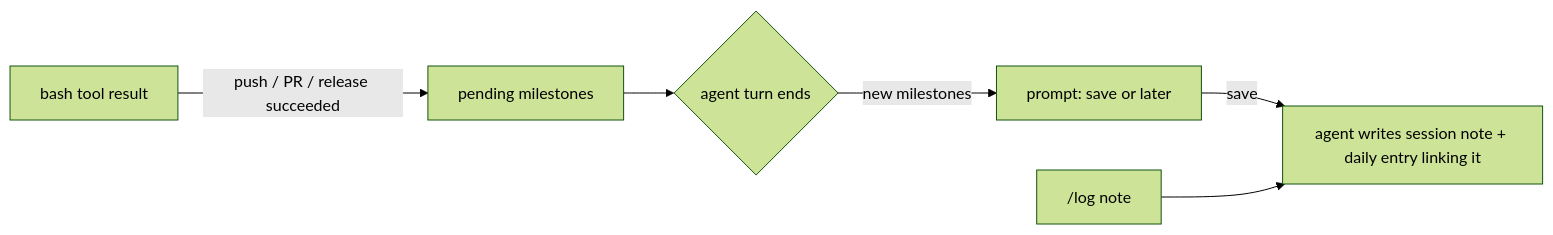
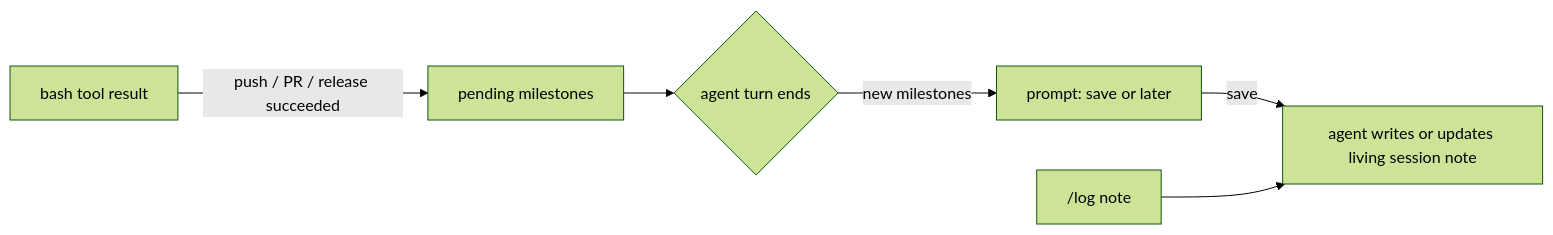
One commit to johnnydevriese/pi-captains-log changed the diagram in README.md. Above: the diagram before and after it, drawn with Mermaid (forest theme). The commit also changed other lines of this file and 9 other files, not shown here.

Commit message:
Focus on single living vault notes; drop separate daily log

````diff
--- a/README.md
+++ b/README.md
@@ -68,8 +71,8 @@
 ```mermaid
 flowchart LR
   A[bash tool result] -->|push / PR / release succeeded| B[pending milestones]
   B --> C{agent turn ends}
   C -->|new milestones| D[prompt: save or later]
-  D -->|save| E[agent writes session note + daily entry linking it]
+  D -->|save| E[agent writes or updates living session note]
   F["/log note"] --> E
 ```
````
